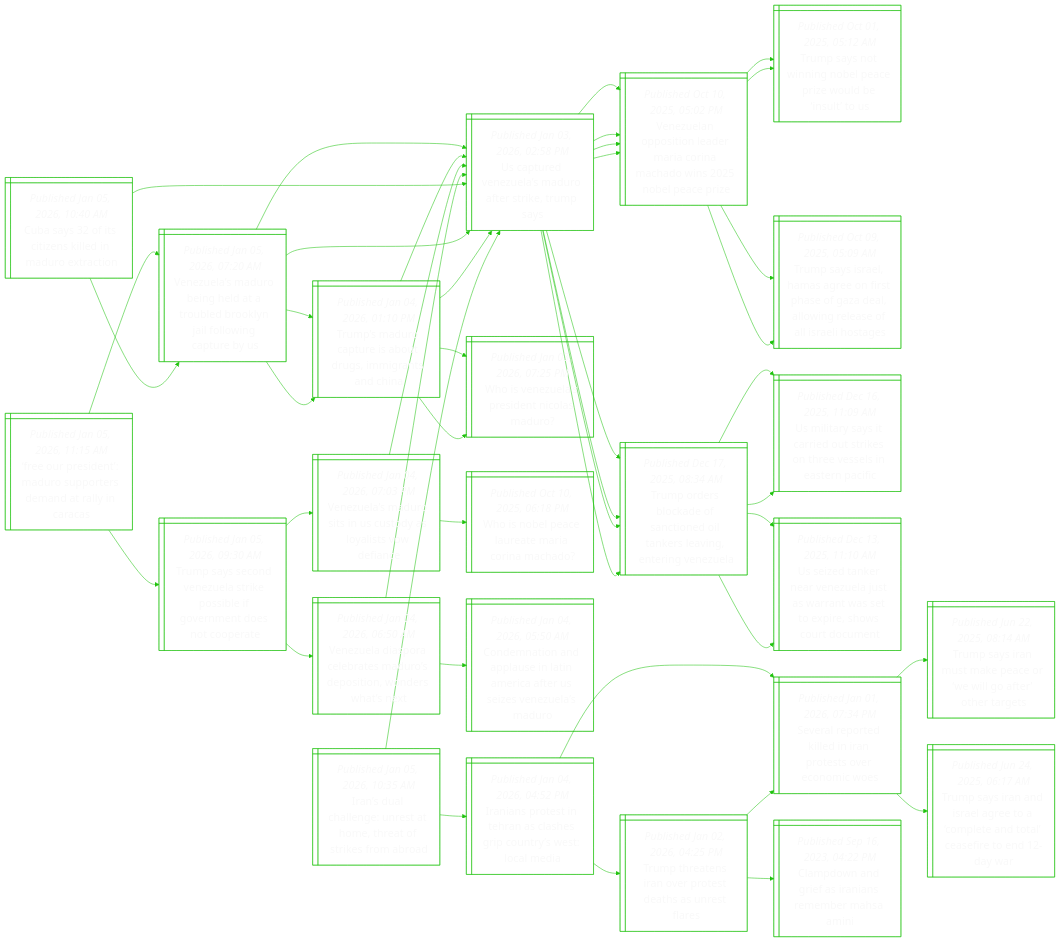
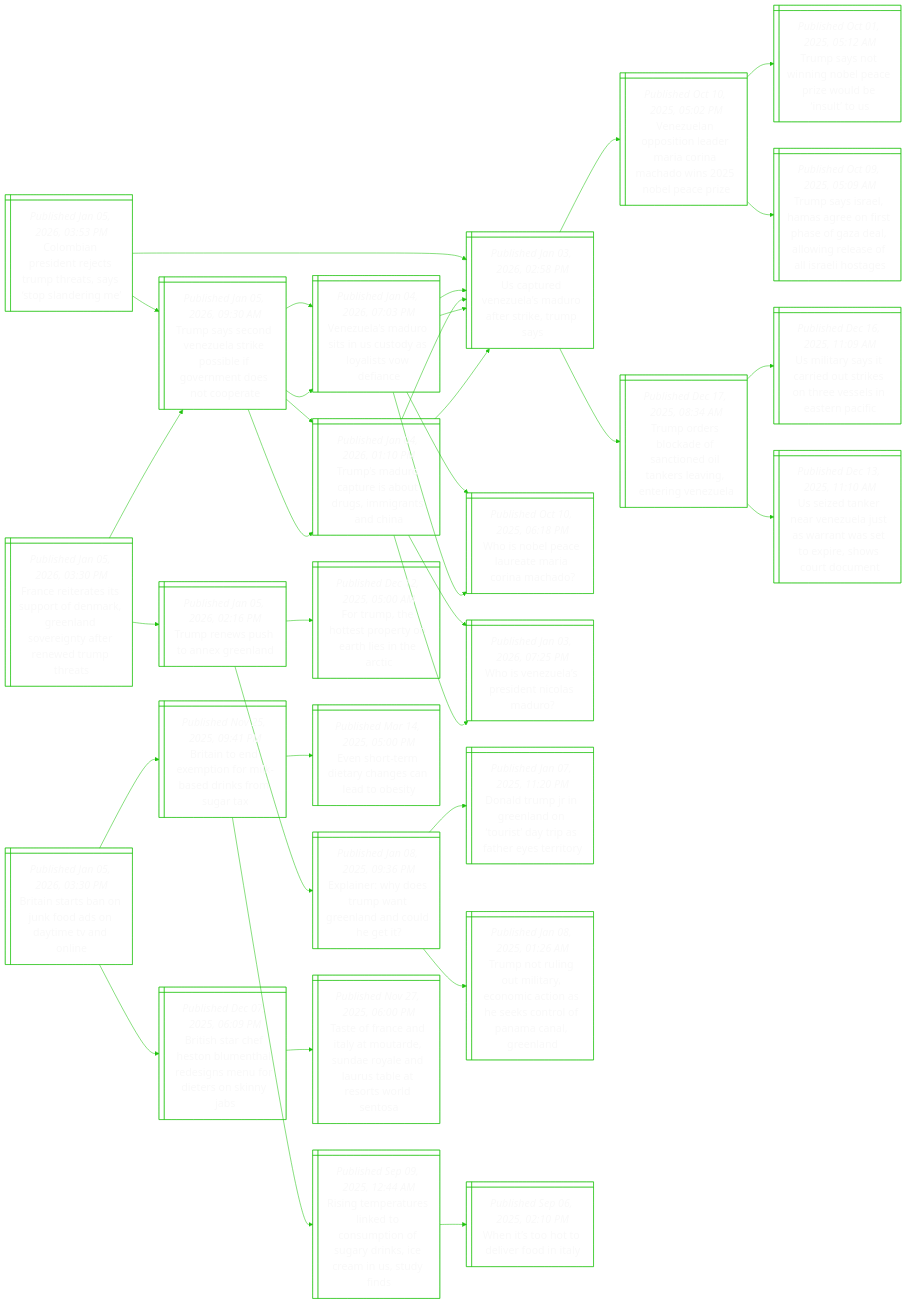
The diagram in README.md (notJmes/notJmes), drawn with Mermaid before and after one commit. The commit also changed other lines of this file, not shown here.

````diff
--- a/README.md
+++ b/README.md
@@ -16,54 +16,8 @@
 flowchart LR
 classDef txtsize font-size:20px;
 
-Fustrpraria@{ shape: win-pane, label: "_Published Jan 05, 2026, 11:15 AM_
-‘free our president’: maduro supporters demand at rally in caracas" }
-VuMogaodkalnty@{ shape: win-pane, label: "_Published Jan 05, 2026, 07:20 AM_
-Venezuela’s maduro being held at a troubled brooklyn jail following capture by us" }
-UtVuMorkms@{ shape: win-pane, label: "_Published Jan 03, 2026, 02:58 PM_
-Us captured venezuela’s maduro after strike, trump says" }
-Vuoilranhibai@{ shape: win-pane, label: "_Published Oct 10, 2025, 05:02 PM_
-Venezuelan opposition leader maria corina machado wins 2025 nobel peace prize" }
-Toskftdasitgz@{ shape: win-pane, label: "_Published Dec 17, 2025, 08:34 AM_
-Trump orders blockade of sanctioned oil tankers leaving, entering venezuela" }
-Tsrtstsgsh@{ shape: win-pane, label: "_Published Jan 04, 2026, 01:10 PM_
-Trump’s maduro capture is about drugs, immigrants and china" }
-UtVuMorkms@{ shape: win-pane, label: "_Published Jan 03, 2026, 02:58 PM_
-Us captured venezuela’s maduro after strike, trump says" }
-WVuPdisr@{ shape: win-pane, label: "_Published Jan 03, 2026, 07:25 PM_
-Who is venezuela’s president nicolas maduro?" }
-TseVutpbgndope@{ shape: win-pane, label: "_Published Jan 05, 2026, 09:30 AM_
-Trump says second venezuela strike possible if government does not cooperate" }
-VuMoiuyytdn@{ shape: win-pane, label: "_Published Jan 04, 2026, 07:03 PM_
-Venezuela’s maduro sits in us custody as loyalists vow defiance" }
-UtVuMorkms@{ shape: win-pane, label: "_Published Jan 03, 2026, 02:58 PM_
-Us captured venezuela’s maduro after strike, trump says" }
-WNPlarrao@{ shape: win-pane, label: "_Published Oct 10, 2025, 06:18 PM_
-Who is nobel peace laureate maria corina machado?" }
-Vuireeuetoss@{ shape: win-pane, label: "_Published Jan 04, 2026, 06:50 AM_
-Venezuela diaspora celebrates maduro’s deposition, wonders what’s next" }
-UtVuMorkms@{ shape: win-pane, label: "_Published Jan 03, 2026, 02:58 PM_
-Us captured venezuela’s maduro after strike, trump says" }
-CmoauLAceeVuMo@{ shape: win-pane, label: "_Published Jan 04, 2026, 05:50 AM_
-Condemnation and applause in latin america after us seizes venezuela’s maduro" }
-
-Fustrpraria:::txtsize --> VuMogaodkalnty:::txtsize
-VuMogaodkalnty:::txtsize --> UtVuMorkms:::txtsize
-UtVuMorkms:::txtsize --> Vuoilranhibai:::txtsize
-UtVuMorkms:::txtsize --> Toskftdasitgz:::txtsize
-VuMogaodkalnty:::txtsize --> Tsrtstsgsh:::txtsize
-Tsrtstsgsh:::txtsize --> UtVuMorkms:::txtsize
-Tsrtstsgsh:::txtsize --> WVuPdisr:::txtsize
-Fustrpraria:::txtsize --> TseVutpbgndope:::txtsize
-TseVutpbgndope:::txtsize --> VuMoiuyytdn:::txtsize
-VuMoiuyytdn:::txtsize --> UtVuMorkms:::txtsize
-VuMoiuyytdn:::txtsize --> WNPlarrao:::txtsize
-TseVutpbgndope:::txtsize --> Vuireeuetoss:::txtsize
-Vuireeuetoss:::txtsize --> UtVuMorkms:::txtsize
-Vuireeuetoss:::txtsize --> CmoauLAceeVuMo:::txtsize
-
-Caitseaec@{ shape: win-pane, label: "_Published Jan 05, 2026, 10:40 AM_
-Cuba says 32 of its citizens killed in maduro extraction" }
+CbrejTttssem@{ shape: win-pane, label: "_Published Jan 05, 2026, 03:53 PM_
+Colombian president rejects trump threats, says ‘stop slandering me’" }
 UtVuMorkms@{ shape: win-pane, label: "_Published Jan 03, 2026, 02:58 PM_
 Us captured venezuela’s maduro after strike, trump says" }
 Vuoilranhibai@{ shape: win-pane, label: "_Published Oct 10, 2025, 05:02 PM_
@@ -78,14 +32,14 @@
 Us military says it carried out strikes on three vessels in eastern pacific" }
 Uznenltrwtphoon@{ shape: win-pane, label: "_Published Dec 13, 2025, 11:10 AM_
 Us seized tanker near venezuela just as warrant was set to expire, shows court document" }
-VuMogaodkalnty@{ shape: win-pane, label: "_Published Jan 05, 2026, 07:20 AM_
-Venezuela’s maduro being held at a troubled brooklyn jail following capture by us" }
+TseVutpbgndope@{ shape: win-pane, label: "_Published Jan 05, 2026, 09:30 AM_
+Trump says second venezuela strike possible if government does not cooperate" }
+VuMoiuyytdn@{ shape: win-pane, label: "_Published Jan 04, 2026, 07:03 PM_
+Venezuela’s maduro sits in us custody as loyalists vow defiance" }
 UtVuMorkms@{ shape: win-pane, label: "_Published Jan 03, 2026, 02:58 PM_
 Us captured venezuela’s maduro after strike, trump says" }
-Vuoilranhibai@{ shape: win-pane, label: "_Published Oct 10, 2025, 05:02 PM_
-Venezuelan opposition leader maria corina machado wins 2025 nobel peace prize" }
-Toskftdasitgz@{ shape: win-pane, label: "_Published Dec 17, 2025, 08:34 AM_
-Trump orders blockade of sanctioned oil tankers leaving, entering venezuela" }
+WNPlarrao@{ shape: win-pane, label: "_Published Oct 10, 2025, 06:18 PM_
+Who is nobel peace laureate maria corina machado?" }
 Tsrtstsgsh@{ shape: win-pane, label: "_Published Jan 04, 2026, 01:10 PM_
 Trump’s maduro capture is about drugs, immigrants and china" }
 UtVuMorkms@{ shape: win-pane, label: "_Published Jan 03, 2026, 02:58 PM_
@@ -93,65 +47,81 @@
 WVuPdisr@{ shape: win-pane, label: "_Published Jan 03, 2026, 07:25 PM_
 Who is venezuela’s president nicolas maduro?" }
 
-Caitseaec:::txtsize --> UtVuMorkms:::txtsize
+CbrejTttssem:::txtsize --> UtVuMorkms:::txtsize
 UtVuMorkms:::txtsize --> Vuoilranhibai:::txtsize
 Vuoilranhibai:::txtsize --> TsonoeroelS:::txtsize
 Vuoilranhibai:::txtsize --> TssHaossaaorslaoe:::txtsize
 UtVuMorkms:::txtsize --> Toskftdasitgz:::txtsize
 Toskftdasitgz:::txtsize --> Uistitktvlanf:::txtsize
 Toskftdasitgz:::txtsize --> Uznenltrwtphoon:::txtsize
-Caitseaec:::txtsize --> VuMogaodkalnty:::txtsize
-VuMogaodkalnty:::txtsize --> UtVuMorkms:::txtsize
-UtVuMorkms:::txtsize --> Vuoilranhibai:::txtsize
-UtVuMorkms:::txtsize --> Toskftdasitgz:::txtsize
-VuMogaodkalnty:::txtsize --> Tsrtstsgsh:::txtsize
+CbrejTttssem:::txtsize --> TseVutpbgndope:::txtsize
+TseVutpbgndope:::txtsize --> VuMoiuyytdn:::txtsize
+VuMoiuyytdn:::txtsize --> UtVuMorkms:::txtsize
+VuMoiuyytdn:::txtsize --> WNPlarrao:::txtsize
+TseVutpbgndope:::txtsize --> Tsrtstsgsh:::txtsize
 Tsrtstsgsh:::txtsize --> UtVuMorkms:::txtsize
 Tsrtstsgsh:::txtsize --> WVuPdisr:::txtsize
 
-Idhnrtttrfb@{ shape: win-pane, label: "_Published Jan 05, 2026, 10:35 AM_
-Iran’s dual challenge: unrest at home, threat of strikes from abroad" }
-Iaoirceptecd@{ shape: win-pane, label: "_Published Jan 04, 2026, 04:52 PM_
-Iranians protest in tehran as clashes grip country’s west: local media" }
-Saokdatocis@{ shape: win-pane, label: "_Published Jan 01, 2026, 07:34 PM_
-Several reported killed in iran protests over economic woes" }
-Tsrseeworre@{ shape: win-pane, label: "_Published Jun 22, 2025, 08:14 AM_
-Trump says iran must make peace or ‘we will go after’ other targets" }
-Tsrdeecedletdr@{ shape: win-pane, label: "_Published Jun 24, 2025, 06:17 AM_
-Trump says iran and israel agree to a ‘complete and total’ ceasefire to end 12-day war" }
-Tttreteaea@{ shape: win-pane, label: "_Published Jan 02, 2026, 04:25 PM_
-Trump threatens iran over protest deaths as unrest flares" }
-Saokdatocis@{ shape: win-pane, label: "_Published Jan 01, 2026, 07:34 PM_
-Several reported killed in iran protests over economic woes" }
-CdnerneMA@{ shape: win-pane, label: "_Published Sep 16, 2023, 04:22 PM_
-Clampdown and grief as iranians remember mahsa amini" }
+FeesutnGloiareme@{ shape: win-pane, label: "_Published Jan 05, 2026, 03:30 PM_
+France reiterates its support of denmark, greenland sovereignty after renewed trump threats" }
+Trsteed@{ shape: win-pane, label: "_Published Jan 05, 2026, 02:16 PM_
+Trump renews push to annex greenland" }
+EihspGlnle@{ shape: win-pane, label: "_Published Jan 08, 2025, 09:36 PM_
+Explainer: why does trump want greenland and could he get it?" }
+DdpGlniyahery@{ shape: win-pane, label: "_Published Jan 07, 2025, 11:20 PM_
+Donald trump jr in greenland on ‘tourist’ day trip as father eyes territory" }
+Tnluiemtsenoanen@{ shape: win-pane, label: "_Published Jan 08, 2025, 01:26 AM_
+Trump not ruling out military, economic action as he seeks control of panama canal, greenland" }
+Fueeoyreht@{ shape: win-pane, label: "_Published Dec 12, 2025, 05:00 AM_
+For trump, the hottest property on earth lies in the arctic" }
+TseVutpbgndope@{ shape: win-pane, label: "_Published Jan 05, 2026, 09:30 AM_
+Trump says second venezuela strike possible if government does not cooperate" }
+VuMoiuyytdn@{ shape: win-pane, label: "_Published Jan 04, 2026, 07:03 PM_
+Venezuela’s maduro sits in us custody as loyalists vow defiance" }
 UtVuMorkms@{ shape: win-pane, label: "_Published Jan 03, 2026, 02:58 PM_
 Us captured venezuela’s maduro after strike, trump says" }
-Vuoilranhibai@{ shape: win-pane, label: "_Published Oct 10, 2025, 05:02 PM_
-Venezuelan opposition leader maria corina machado wins 2025 nobel peace prize" }
-TsonoeroelS@{ shape: win-pane, label: "_Published Oct 01, 2025, 05:12 AM_
-Trump says not winning nobel peace prize would be ‘insult’ to us" }
-TssHaossaaorslaoe@{ shape: win-pane, label: "_Published Oct 09, 2025, 05:09 AM_
-Trump says israel, hamas agree on first phase of gaza deal, allowing release of all israeli hostages" }
-Toskftdasitgz@{ shape: win-pane, label: "_Published Dec 17, 2025, 08:34 AM_
-Trump orders blockade of sanctioned oil tankers leaving, entering venezuela" }
-Uistitktvlanf@{ shape: win-pane, label: "_Published Dec 16, 2025, 11:09 AM_
-Us military says it carried out strikes on three vessels in eastern pacific" }
-Uznenltrwtphoon@{ shape: win-pane, label: "_Published Dec 13, 2025, 11:10 AM_
-Us seized tanker near venezuela just as warrant was set to expire, shows court document" }
+WNPlarrao@{ shape: win-pane, label: "_Published Oct 10, 2025, 06:18 PM_
+Who is nobel peace laureate maria corina machado?" }
+Tsrtstsgsh@{ shape: win-pane, label: "_Published Jan 04, 2026, 01:10 PM_
+Trump’s maduro capture is about drugs, immigrants and china" }
+UtVuMorkms@{ shape: win-pane, label: "_Published Jan 03, 2026, 02:58 PM_
+Us captured venezuela’s maduro after strike, trump says" }
+WVuPdisr@{ shape: win-pane, label: "_Published Jan 03, 2026, 07:25 PM_
+Who is venezuela’s president nicolas maduro?" }
 
-Idhnrtttrfb:::txtsize --> Iaoirceptecd:::txtsize
-Iaoirceptecd:::txtsize --> Saokdatocis:::txtsize
-Saokdatocis:::txtsize --> Tsrseeworre:::txtsize
-Saokdatocis:::txtsize --> Tsrdeecedletdr:::txtsize
-Iaoirceptecd:::txtsize --> Tttreteaea:::txtsize
-Tttreteaea:::txtsize --> Saokdatocis:::txtsize
-Tttreteaea:::txtsize --> CdnerneMA:::txtsize
-Idhnrtttrfb:::txtsize --> UtVuMorkms:::txtsize
-UtVuMorkms:::txtsize --> Vuoilranhibai:::txtsize
-Vuoilranhibai:::txtsize --> TsonoeroelS:::txtsize
-Vuoilranhibai:::txtsize --> TssHaossaaorslaoe:::txtsize
-UtVuMorkms:::txtsize --> Toskftdasitgz:::txtsize
-Toskftdasitgz:::txtsize --> Uistitktvlanf:::txtsize
-Toskftdasitgz:::txtsize --> Uznenltrwtphoon:::txtsize
+FeesutnGloiareme:::txtsize --> Trsteed:::txtsize
+Trsteed:::txtsize --> EihspGlnle:::txtsize
+EihspGlnle:::txtsize --> DdpGlniyahery:::txtsize
+EihspGlnle:::txtsize --> Tnluiemtsenoanen:::txtsize
+Trsteed:::txtsize --> Fueeoyreht:::txtsize
+FeesutnGloiareme:::txtsize --> TseVutpbgndope:::txtsize
+TseVutpbgndope:::txtsize --> VuMoiuyytdn:::txtsize
+VuMoiuyytdn:::txtsize --> UtVuMorkms:::txtsize
+VuMoiuyytdn:::txtsize --> WNPlarrao:::txtsize
+TseVutpbgndope:::txtsize --> Tsrtstsgsh:::txtsize
+Tsrtstsgsh:::txtsize --> UtVuMorkms:::txtsize
+Tsrtstsgsh:::txtsize --> WVuPdisr:::txtsize
+
+Birnndnial@{ shape: win-pane, label: "_Published Jan 05, 2026, 03:30 PM_
+Britain starts ban on junk food ads on daytime tv and online" }
+Binmnisirgx@{ shape: win-pane, label: "_Published Nov 25, 2025, 09:41 PM_
+Britain to end exemption for milk-based drinks from sugar tax" }
+Eheeceloi@{ shape: win-pane, label: "_Published Mar 14, 2025, 05:00 PM_
+Even short-term dietary changes can lead to obesity" }
+Rgernououdsrnun@{ shape: win-pane, label: "_Published Sep 09, 2025, 12:44 AM_
+Rising temperatures linked to consumption of sugary drinks, ice cream in us, study finds" }
+Wthdeda@{ shape: win-pane, label: "_Published Sep 06, 2025, 02:10 PM_
+When it’s too hot to deliver food in italy" }
+BsrHnelsmotnns@{ shape: win-pane, label: "_Published Dec 07, 2025, 06:09 PM_
+British star chef heston blumenthal redesigns menu for dieters on skinny jabs" }
+Tondyueaadulesdo@{ shape: win-pane, label: "_Published Nov 27, 2025, 06:00 PM_
+Taste of france and italy at moutarde, sundae royale and laurus table at resorts world sentosa" }
+
+Birnndnial:::txtsize --> Binmnisirgx:::txtsize
+Binmnisirgx:::txtsize --> Eheeceloi:::txtsize
+Binmnisirgx:::txtsize --> Rgernououdsrnun:::txtsize
+Rgernououdsrnun:::txtsize --> Wthdeda:::txtsize
+Birnndnial:::txtsize --> BsrHnelsmotnns:::txtsize
+BsrHnelsmotnns:::txtsize --> Tondyueaadulesdo:::txtsize
 
 ```
````
